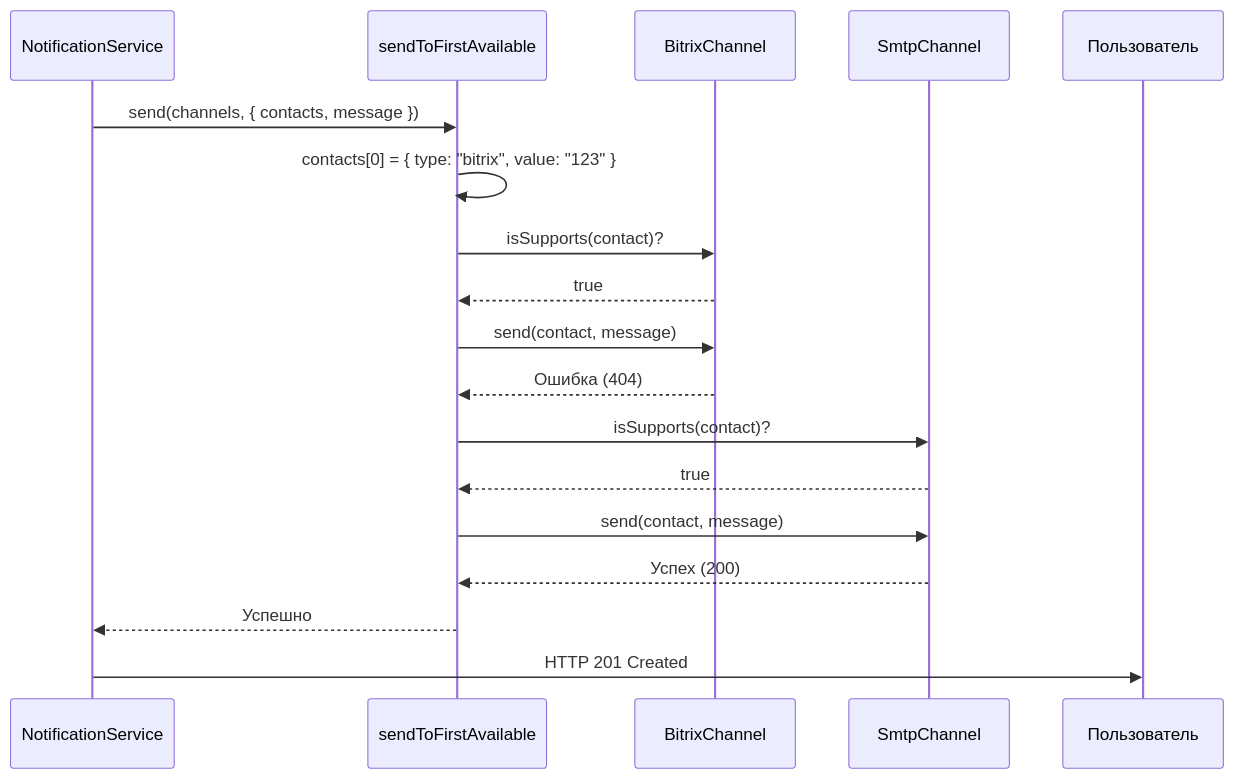
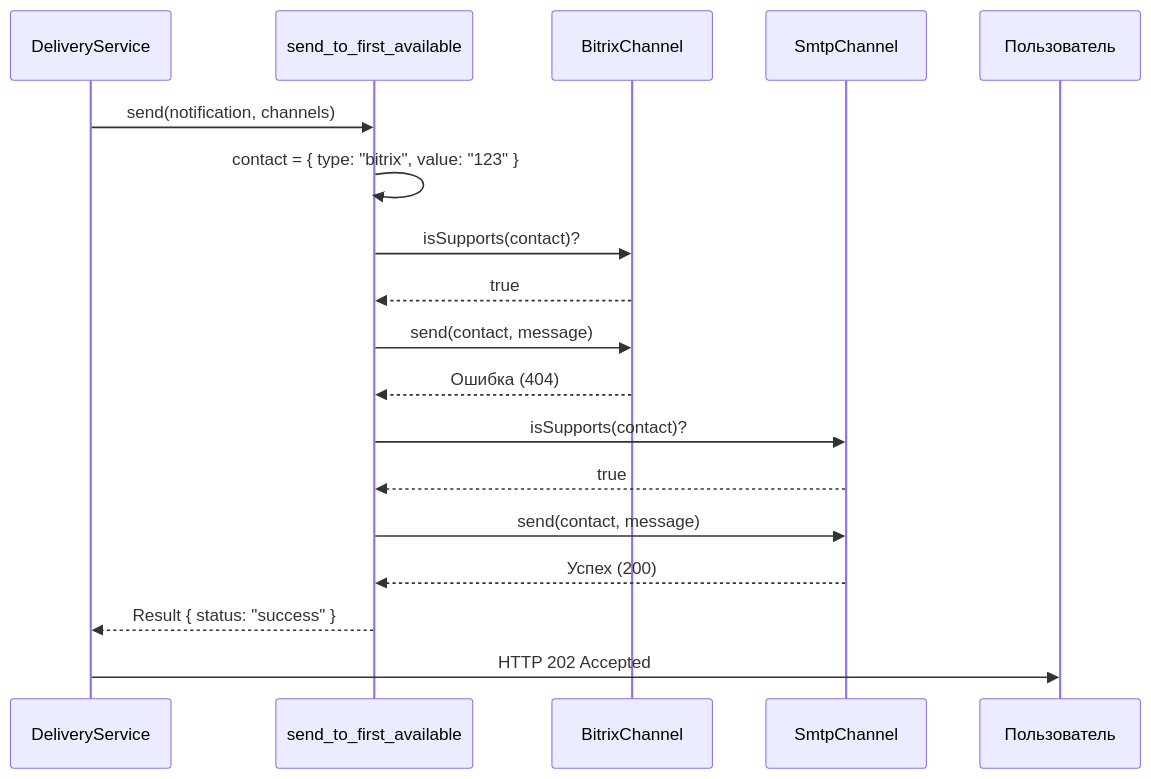
The first of 2 diagrams in docs/architecture/strategies.md (andreyantropov/notification-service), drawn with Mermaid before and after one commit. The commit also changed other lines of this file and 358 other files, not shown here.

````diff
--- a/docs/architecture/strategies.md
+++ b/docs/architecture/strategies.md
@@ -74,24 +71,24 @@
 ```mermaid
 sequenceDiagram
-    participant Service as NotificationService
-    participant Strategy as sendToFirstAvailable
+    participant Service as DeliveryService
+    participant Strategy as send_to_first_available
     participant Channel1 as BitrixChannel
     participant Channel2 as SmtpChannel
     participant User as Пользователь
 
-    Service->>Strategy: send(channels, { contacts, message })
-    Strategy->>Strategy: contacts[0] = { type: "bitrix", value: "123" }
+    Service->>Strategy: send(notification, channels)
+    Strategy->>Strategy: contact = { type: "bitrix", value: "123" }
 
     Strategy->>Channel1: isSupports(contact)?
     Channel1-->>Strategy: true
     Strategy->>Channel1: send(contact, message)
     Channel1-->>Strategy: Ошибка (404)
 
     Strategy->>Channel2: isSupports(contact)?
     Channel2-->>Strategy: true
     Strategy->>Channel2: send(contact, message)
     Channel2-->>Strategy: Успех (200)
 
-    Strategy-->>Service: Успешно
-    Service->>User: HTTP 201 Created
+    Strategy-->>Service: Result { status: "success" }
+    Service->>User: HTTP 202 Accepted
 ```
````
